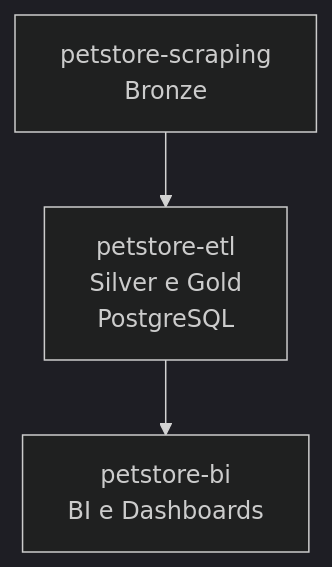
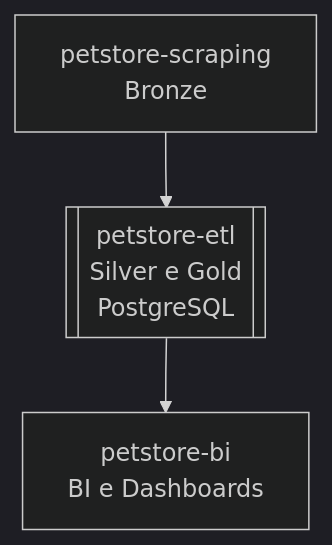
One commit to rafa-trindade/petstore-bi changed the diagram in README.md. Above: the diagram before and after it, drawn with Mermaid (dark theme).

````diff
--- a/README.md
+++ b/README.md
@@ -30,5 +30,5 @@
 ```mermaid
 graph TD
-    A[petstore-scraping<br>Bronze] --> B[petstore-etl<br>Silver e Gold<br>PostgreSQL]
+    A[petstore-scraping<br>Bronze] --> B[[petstore-etl<br>Silver e Gold<br>PostgreSQL]]
     B --> C[petstore-bi<br>BI e Dashboards]
 ```
````
